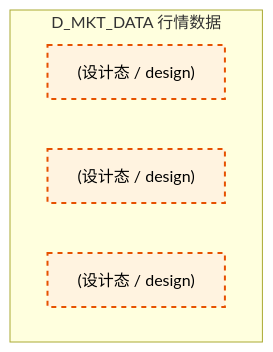
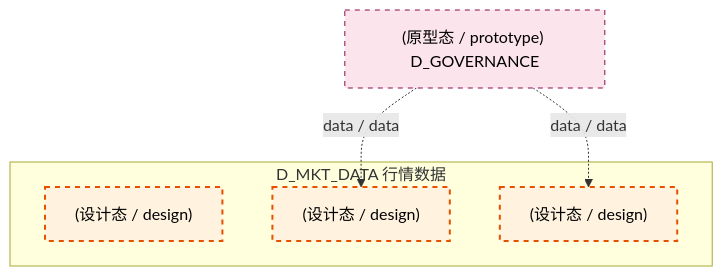
The second of 4 diagrams in docs/02_enterprise_architecture/02_domain_architecture_docs/14_d_mkt_data.md (xuanFelixVan/ZephyrAlpha), drawn with Mermaid before and after one commit. The commit also changed other lines of this file and 100 other files, not shown here.

````diff
--- a/docs/02_enterprise_architecture/02_domain_architecture_docs/14_d_mkt_data.md
+++ b/docs/02_enterprise_architecture/02_domain_architecture_docs/14_d_mkt_data.md
@@ -107,13 +110,17 @@
 ```mermaid
 graph TD
     subgraph D_MKT_DATA["D_MKT_DATA 行情数据"]
         docs_03_modules_cross_layer_database_sub_blueprints_c1_market_clickhouse_md["(设计态 / design) "]
         docs_03_modules_domain_data_data_acquisition_plan_md["(设计态 / design) "]
         docs_03_modules_domain_data_data_source_operation_manual_md["(设计态 / design) "]
     end
+    D_GOVERNANCE["(原型态 / prototype) D_GOVERNANCE"]
+    D_GOVERNANCE -.->|data / data| docs_03_modules_domain_data_data_source_operation_manual_md
+    D_GOVERNANCE -.->|data / data| docs_03_modules_domain_data_data_acquisition_plan_md
     classDef production fill:#e1f5fe,stroke:#01579b,stroke-width:2px,color:#000
     classDef design fill:#fff3e0,stroke:#e65100,stroke-width:2px,color:#000,stroke-dasharray: 5 5
     classDef external_prod fill:#e8f5e9,stroke:#1b5e20,stroke-width:1px,color:#000
     classDef external_design fill:#fce4ec,stroke:#880e4f,stroke-width:1px,color:#000,stroke-dasharray: 5 5
     class docs_03_modules_cross_layer_database_sub_blueprints_c1_market_clickhouse_md,docs_03_modules_domain_data_data_acquisition_plan_md,docs_03_modules_domain_data_data_source_operation_manual_md design
+    class D_GOVERNANCE external_design
 ```
````
